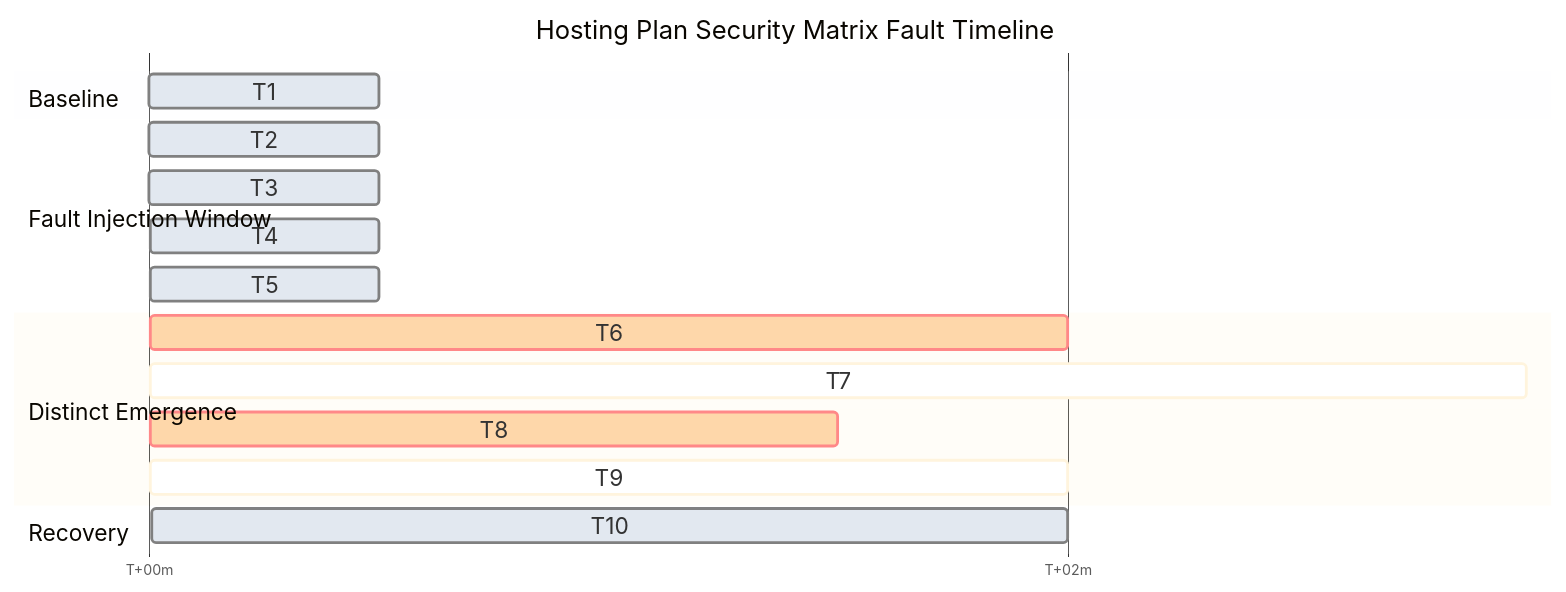
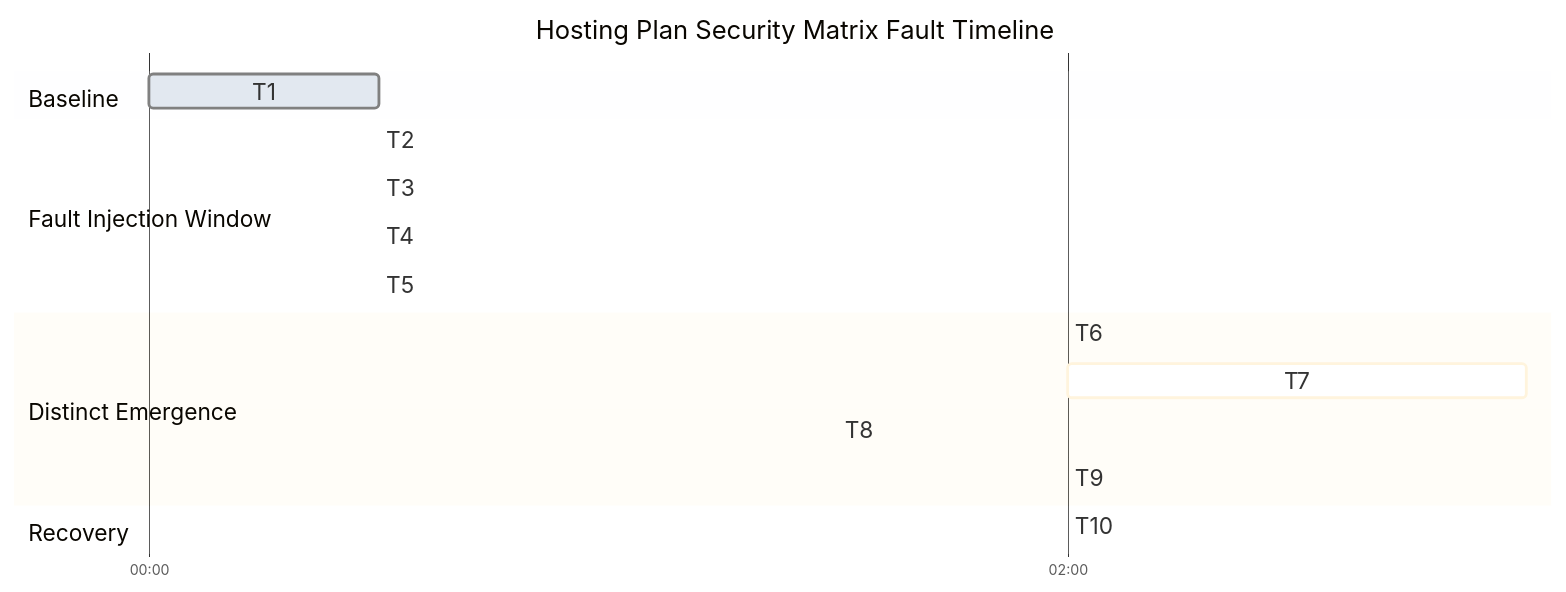
One commit to yeongseon/azure-functions-practical-guide changed the third of 3 diagrams in docs/troubleshooting/lab-guides/hosting-plan-security-matrix.md. Above: the diagram before and after it, drawn with Mermaid. The commit also changed other lines of this file, not shown here.

Commit message:
docs(diagrams): make hosting-plan timeline ticks timezone independent
Parse and display offsets in the same local clock frame without changing
task endpoints, including existing zero-length and reversed intervals.
Verify identical ticks in UTC, Kolkata and Kathmandu in both palettes.

Refs #259

````diff
--- a/docs/troubleshooting/lab-guides/hosting-plan-security-matrix.md
+++ b/docs/troubleshooting/lab-guides/hosting-plan-security-matrix.md
@@ -1355,28 +1355,28 @@
 ```mermaid
 %%{init: {"gantt":{"fontSize":16,"sectionFontSize":16,"leftPadding":95,"rightPadding":35,"barHeight":24,"barGap":10},"theme":"base","themeVariables":{"doneTaskBkgColor":"#e2e8f0","critBkgColor":"#fed7aa","taskBkgColor":"#e2e8f0"},"themeCSS":".grid .tick text{font-size:16px;fill:var(--md-default-fg-color);} .section{opacity:0;} .titleText{font-size:14px;fill:var(--md-default-fg-color);} .sectionTitle{fill:var(--md-default-fg-color);} .taskTextOutsideLeft,.taskTextOutsideRight{fill:var(--md-default-fg-color)!important;} .taskText{fill:#14202e!important;}"}}%%
 gantt
     accTitle: Hosting Plan Security Matrix Fault Timeline
     accDescr: Existing page timeline with Baseline, Fault Injection Window, Distinct Emergence and Recovery sections. All original tasks and relative time values are retained; this migration does not establish run provenance or revalidate timing.
     title Hosting Plan Security Matrix Fault Timeline
-    dateFormat  X
-    axisFormat  T+%Mm
+    dateFormat  HH:mm:ss
+    axisFormat  %M:%S
     tickInterval 2minute
 
     section Baseline
-    T1 :done, b1, 0, 30
+    T1 :done, b1, 00:00:00, 00:00:30
 
     section Fault Injection Window
-    T2 :done, f1, 30, 30
-    T3 :done, f2, 90, 30
-    T4 :done, f3, 150, 30
-    T5 :done, f4, 210, 30
+    T2 :done, f1, 00:00:30, 00:00:30
+    T3 :done, f2, 00:01:30, 00:00:30
+    T4 :done, f3, 00:02:30, 00:00:30
+    T5 :done, f4, 00:03:30, 00:00:30
 
     section Distinct Emergence
-    T6 :crit, e1, 120, 120
-    T7 :active, e2, 120, 180
-    T8 :crit, e3, 150, 90
-    T9 :active, e4, 180, 120
+    T6 :crit, e1, 00:02:00, 00:02:00
+    T7 :active, e2, 00:02:00, 00:03:00
+    T8 :crit, e3, 00:02:30, 00:01:30
+    T9 :active, e4, 00:03:00, 00:02:00
 
     section Recovery
-    T10 :done, r1, 360, 120
+    T10 :done, r1, 00:06:00, 00:02:00
 ```
````
